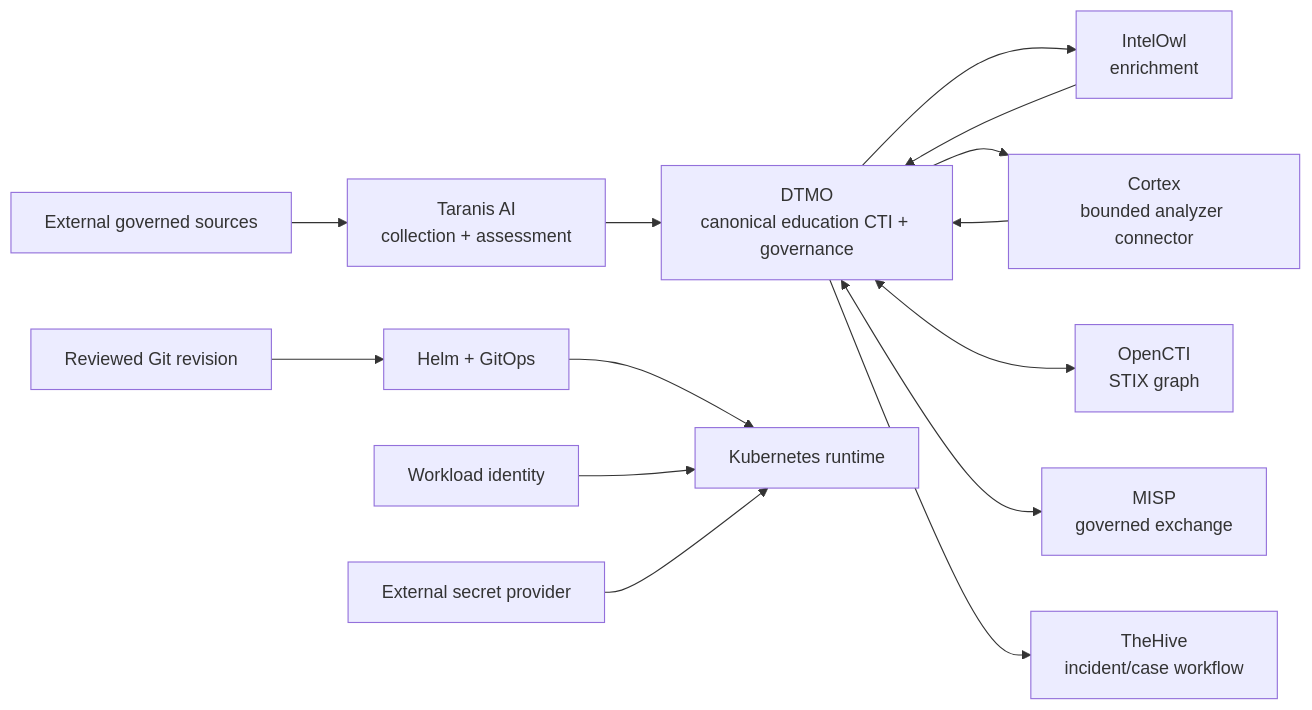
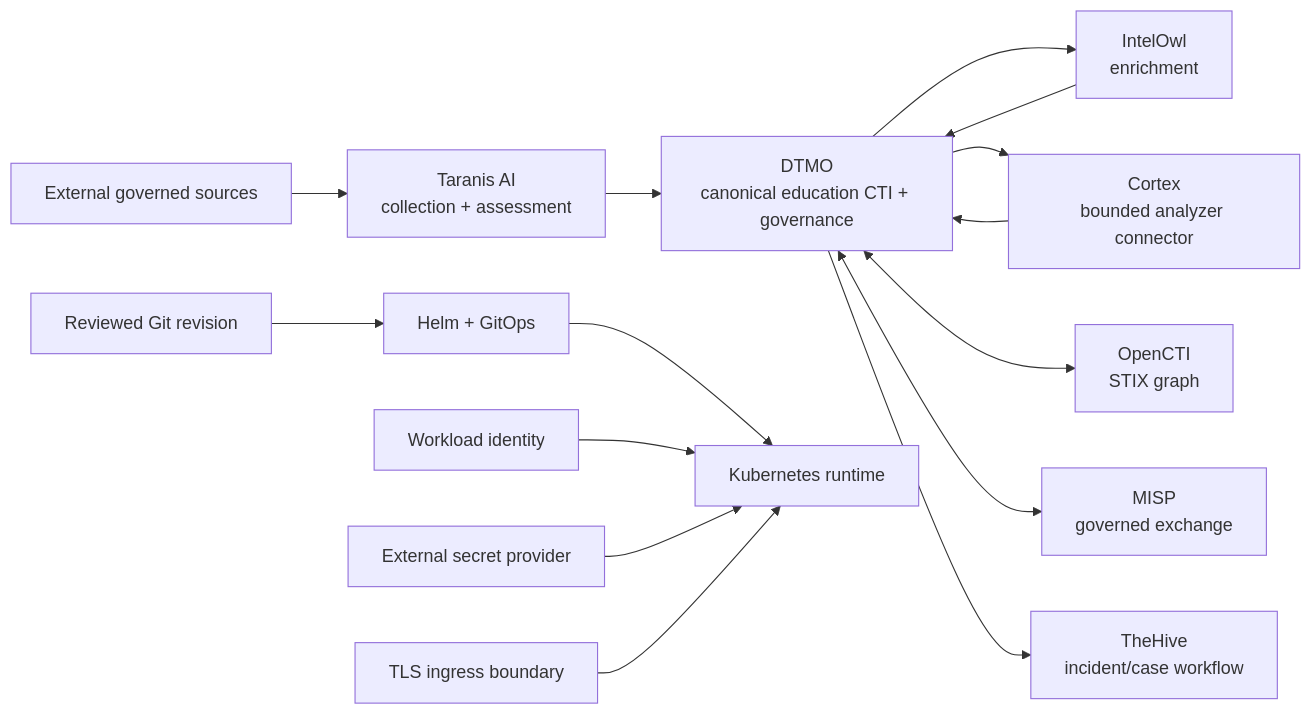
One commit to GJvManen/dtmo changed the first of 2 diagrams in docs/roadmap/PLATFORM_INDUSTRIALISATION_ROADMAP.md. Above: the diagram before and after it, drawn with Mermaid. The commit also changed other lines of this file, not shown here.

Commit message:
Phase 11.8c: advance platform industrialisation roadmap

````diff
--- a/docs/roadmap/PLATFORM_INDUSTRIALISATION_ROADMAP.md
+++ b/docs/roadmap/PLATFORM_INDUSTRIALISATION_ROADMAP.md
@@ -14,16 +14,17 @@
 ```mermaid
 flowchart LR
     EXT[External governed sources] --> TAR[Taranis AI\ncollection + assessment]
     TAR --> DTMO[DTMO\ncanonical education CTI + governance]
     DTMO --> OWL[IntelOwl\nenrichment]
     OWL --> DTMO
     DTMO --> CTX[Cortex\nbounded analyzer connector]
     CTX --> DTMO
     DTMO <--> OCTI[OpenCTI\nSTIX graph]
     DTMO <--> MISP[MISP\ngoverned exchange]
     DTMO --> HIVE[TheHive\nincident/case workflow]
     GIT[Reviewed Git revision] --> HELM[Helm + GitOps]
     HELM --> K8S[Kubernetes runtime]
     IAM[Workload identity] --> K8S
     SEC[External secret provider] --> K8S
+    TLS[TLS ingress boundary] --> K8S
 ```
````
